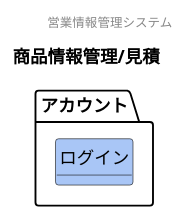
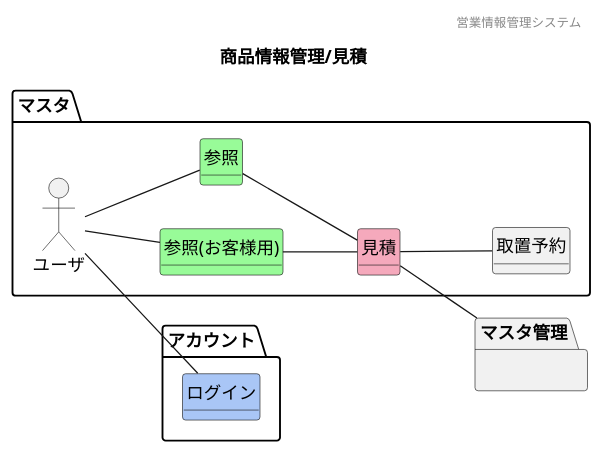
The diagram in 各種設計書/1ドメインモデル図/商品情報管理/F10見積.plantuml (HaruShim/Sotuken), drawn with PlantUML before and after one commit. The commit also changed 13 other files, not shown here.

```diff
--- a/各種設計書/1ドメインモデル図/商品情報管理/F10見積.plantuml
+++ b/各種設計書/1ドメインモデル図/商品情報管理/F10見積.plantuml
@@ -1,19 +1,38 @@
 @startuml images/商品情報管理/見積
 ' ヘッダー
 header 営業情報管理システム
 ' タイトル
 title 商品情報管理/見積
 ' 
 hide circle
 ' 
 hide method
 left to right direction
 
 package "アカウント"{
     class "ログイン" #A9C6F6
 }
+package "マスタ" {
+    mix_actor "ユーザ"
+        class "参照(お客様用)" #98fb98
+        class "参照" #98fb98
+        class "見積" #F5A9BC
+        class "取置予約" 
+}
+        package "マスタ管理"{
+            }
 
 
+        ' class "" #F5A9BC
+        ' class "" #ffd700
 
+        'モデル同士の関係
+        ユーザ -- 参照
+        ユーザ -- "参照(お客様用)"
+        ユーザ -- ログイン
+        参照 -- 見積
+        "参照(お客様用)" -- 見積
+        見積 -- 取置予約
+        見積-- マスタ管理
 
 @enduml
```
